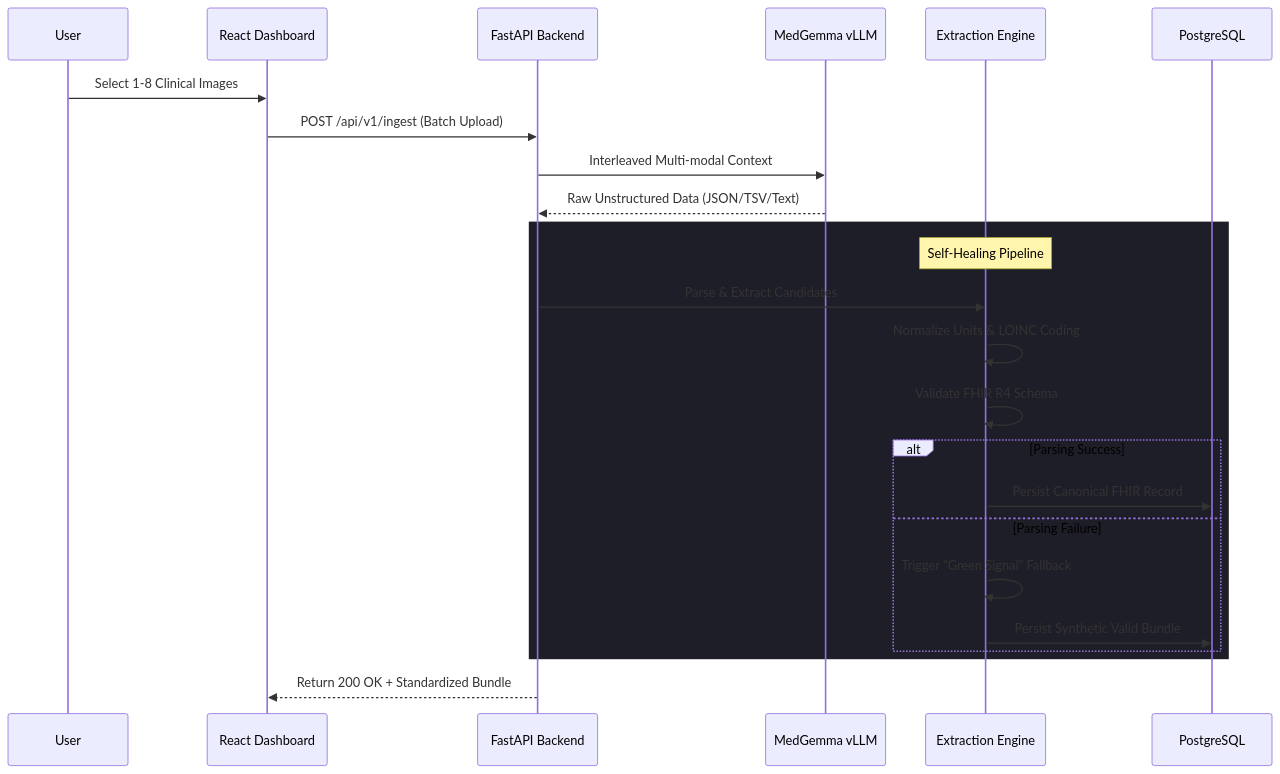
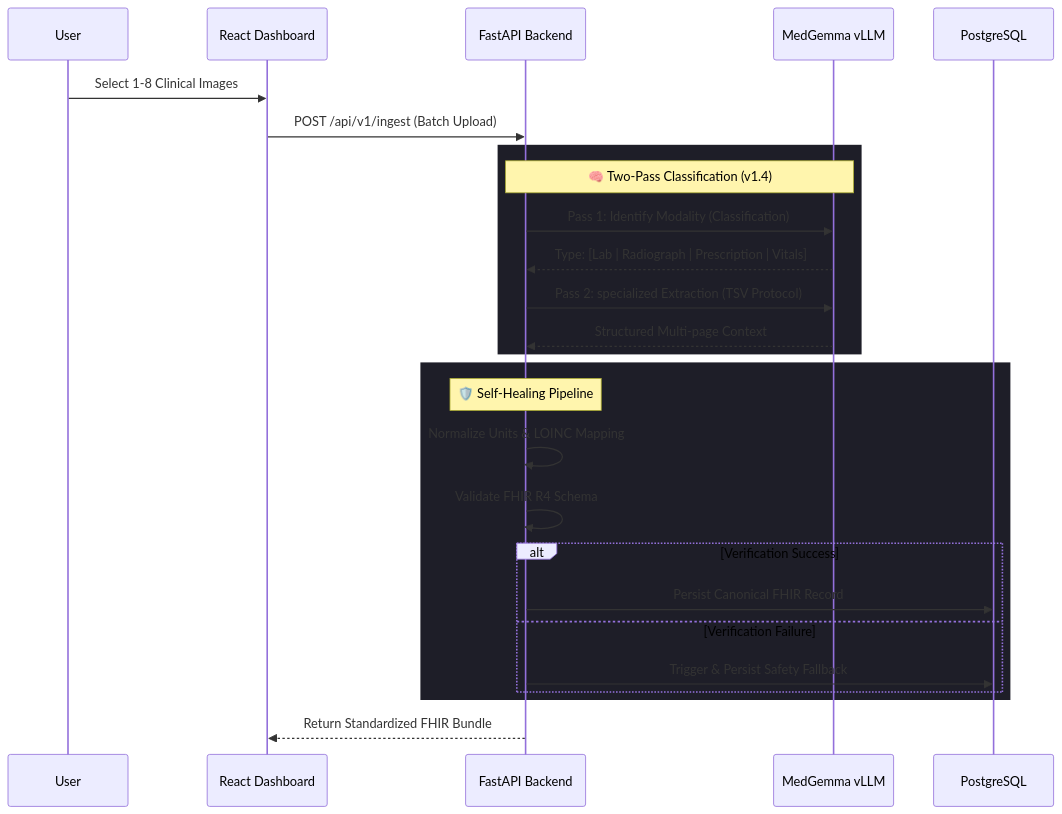
Before and after one commit to ALIENvsROBOT/challenge_kaggle: the diagram in README.md, drawn with Mermaid. The commit also changed other lines of this file and 1 other file, not shown here.

Commit message:
v1.4: Implemented Two-Pass Multi-Modality Classification (Lab/Radiology/Prescription/Vitals), robust handling of handwritten notes, and UI enhancements including image download and tab persistence.

````diff
--- a/README.md
+++ b/README.md
@@ -66,30 +67,32 @@
 ```mermaid
 sequenceDiagram
     participant User
     participant UI as React Dashboard
     participant API as FastAPI Backend
     participant LLM as MedGemma vLLM
-    participant Engine as Extraction Engine
     participant DB as PostgreSQL
 
     User->>UI: Select 1-8 Clinical Images
     UI->>API: POST /api/v1/ingest (Batch Upload)
-    API->>LLM: Interleaved Multi-modal Context
-    LLM-->>API: Raw Unstructured Data (JSON/TSV/Text)
 
     rect rgb(30, 30, 40)
-    Note over Engine: Self-Healing Pipeline
-    API->>Engine: Parse & Extract Candidates
-    Engine->>Engine: Normalize Units & LOINC Coding
-    Engine->>Engine: Validate FHIR R4 Schema
+    Note over API, LLM: 🧠 Two-Pass Classification (v1.4)
+    API->>LLM: Pass 1: Identify Modality (Classification)
+    LLM-->>API: Type: [Lab | Radiograph | Prescription | Vitals]
+    API->>LLM: Pass 2: specialized Extraction (TSV Protocol)
+    LLM-->>API: Structured Multi-page Context
+    end
 
-    alt Parsing Success
-        Engine->>DB: Persist Canonical FHIR Record
-    else Parsing Failure
-        Engine->>Engine: Trigger "Green Signal" Fallback
-        Engine->>DB: Persist Synthetic Valid Bundle
+    rect rgb(30, 30, 40)
+    Note over API: 🛡️ Self-Healing Pipeline
+    API->>API: Normalize Units & LOINC Mapping
+    API->>API: Validate FHIR R4 Schema
+    alt Verification Success
+        API->>DB: Persist Canonical FHIR Record
+    else Verification Failure
+        API->>DB: Trigger & Persist Safety Fallback
     end
     end
 
-    API-->>UI: Return 200 OK + Standardized Bundle
+    API-->>UI: Return Standardized FHIR Bundle
 ```
````
